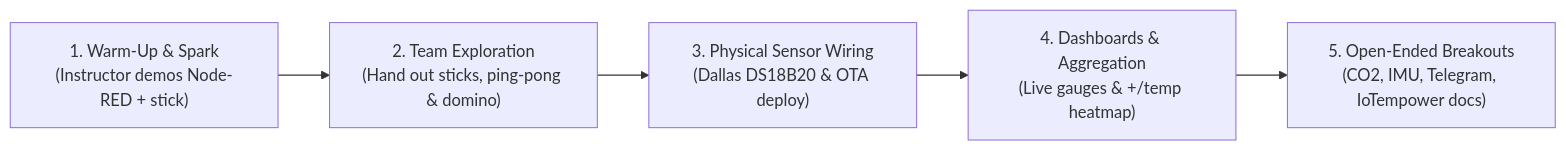
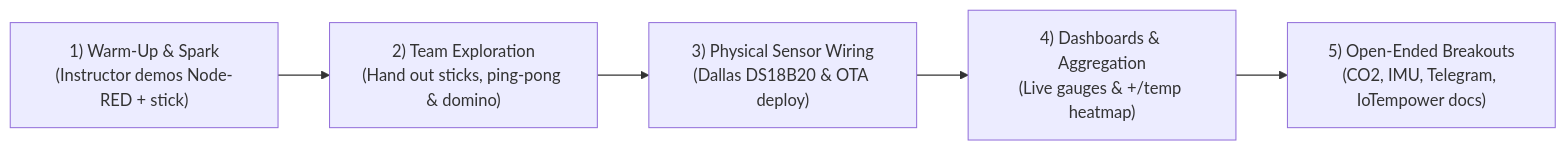
The diagram in workshops/mastering-iot-solutions/INSTRUCTOR-GUIDE.md (iotempire/iotempire-teaching), drawn with Mermaid before and after one commit.

Commit message:
Fix Mermaid rendering in instructor guide
Labels starting with "1. " were parsed as Markdown lists by Mermaid.

````diff
--- a/workshops/mastering-iot-solutions/INSTRUCTOR-GUIDE.md
+++ b/workshops/mastering-iot-solutions/INSTRUCTOR-GUIDE.md
@@ -9,7 +9,7 @@
 ```mermaid
 graph LR
-    A["1. Warm-Up & Spark<br/>(Instructor demos Node-RED + stick)"] --> B["2. Team Exploration<br/>(Hand out sticks, ping-pong & domino)"]
-    B --> C["3. Physical Sensor Wiring<br/>(Dallas DS18B20 & OTA deploy)"]
-    C --> D["4. Dashboards & Aggregation<br/>(Live gauges & +/temp heatmap)"]
-    D --> E["5. Open-Ended Breakouts<br/>(CO2, IMU, Telegram, IoTempower docs)"]
+    A["1) Warm-Up & Spark<br/>(Instructor demos Node-RED + stick)"] --> B["2) Team Exploration<br/>(Hand out sticks, ping-pong & domino)"]
+    B --> C["3) Physical Sensor Wiring<br/>(Dallas DS18B20 & OTA deploy)"]
+    C --> D["4) Dashboards & Aggregation<br/>(Live gauges & +/temp heatmap)"]
+    D --> E["5) Open-Ended Breakouts<br/>(CO2, IMU, Telegram, IoTempower docs)"]
 ```
````
